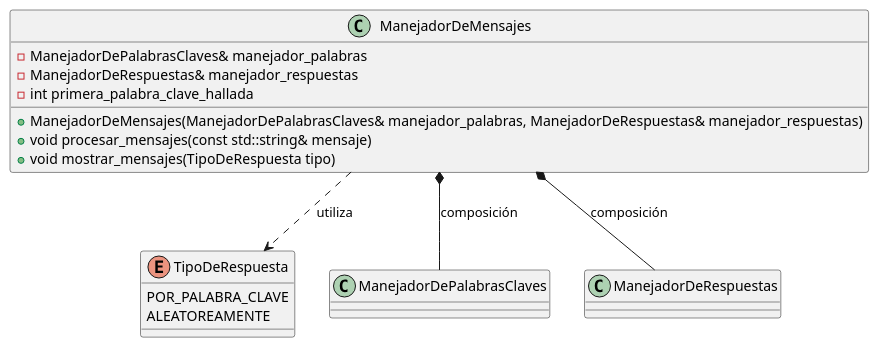
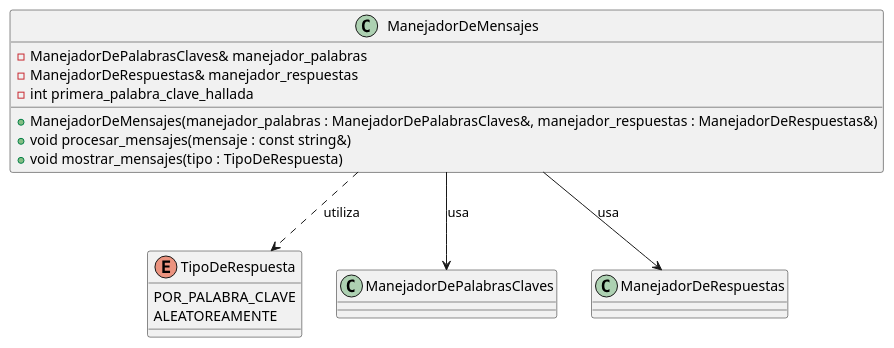
Before and after one commit to guillsil/Transformers-Game: the diagram in Diagramas-UML/ManejadorDeMensajes.puml, drawn with PlantUML. The commit also changed 15 other files, not shown here.

Commit message:
Refactor: adapto los uml ya que los mismo con los atributos primero va el nombre y luego el tipo.

```diff
--- a/Diagramas-UML/ManejadorDeMensajes.puml
+++ b/Diagramas-UML/ManejadorDeMensajes.puml
@@ -1,27 +1,27 @@
 @startuml
 'https://plantuml.com/class-diagram
 
 enum TipoDeRespuesta {
     POR_PALABRA_CLAVE
     ALEATOREAMENTE
 }
 
 class ManejadorDeMensajes {
     - ManejadorDePalabrasClaves& manejador_palabras
     - ManejadorDeRespuestas& manejador_respuestas
     - int primera_palabra_clave_hallada
 
-    + ManejadorDeMensajes(ManejadorDePalabrasClaves& manejador_palabras, ManejadorDeRespuestas& manejador_respuestas)
-    + void procesar_mensajes(const std::string& mensaje)
-    + void mostrar_mensajes(TipoDeRespuesta tipo)
+    + ManejadorDeMensajes(manejador_palabras : ManejadorDePalabrasClaves&, manejador_respuestas : ManejadorDeRespuestas&)
+    + void procesar_mensajes(mensaje : const string&)
+    + void mostrar_mensajes(tipo : TipoDeRespuesta)
 }
 
 class ManejadorDePalabrasClaves
 class ManejadorDeRespuestas
 
 ' Relaciones
-ManejadorDeMensajes *-- ManejadorDePalabrasClaves : "composición"
-ManejadorDeMensajes *-- ManejadorDeRespuestas : "composición"
+ManejadorDeMensajes --> ManejadorDePalabrasClaves : "usa"
+ManejadorDeMensajes --> ManejadorDeRespuestas : "usa"
 ManejadorDeMensajes ..> TipoDeRespuesta : "utiliza"
 
 @enduml
```
